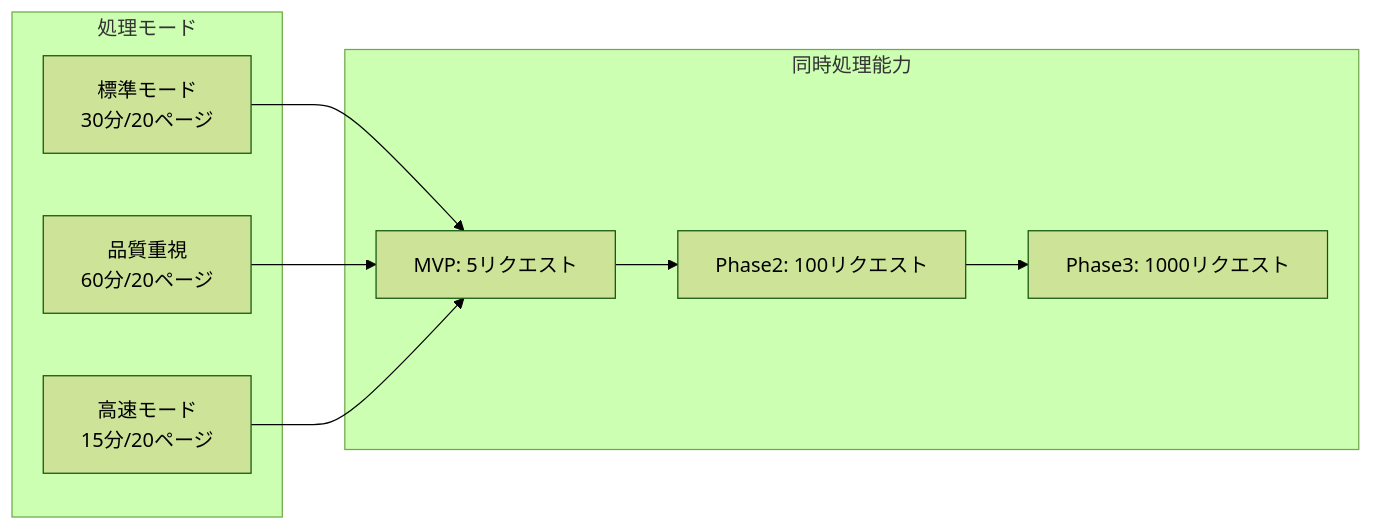
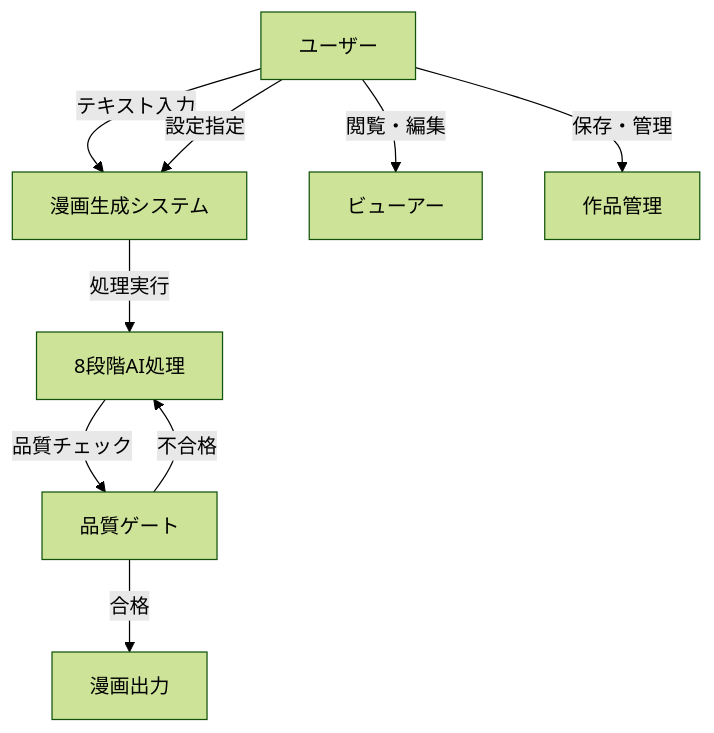
One commit to WLONEGI/AI_Agent_Hackathon_with_Google_Cloud_3rd changed the first of 3 diagrams in Document/03.要件定義書.md. Above: the diagram before and after it, drawn with Mermaid (forest theme). The commit also changed other lines of this file and 4 other files, not shown here.

````diff
--- a/Document/03.要件定義書.md
+++ b/Document/03.要件定義書.md
@@ -465,20 +143,11 @@
 ```mermaid
-graph LR
-    subgraph "処理モード"
-        A[標準モード<br/>30分/20ページ]
-        B[品質重視<br/>60分/20ページ]
-        C[高速モード<br/>15分/20ページ]
-    end
-    
-    subgraph "同時処理能力"
-        D[MVP: 5リクエスト]
-        E[Phase2: 100リクエスト]
-        F[Phase3: 1000リクエスト]
-    end
-    
-    A --> D
-    B --> D
-    C --> D
-    D --> E
-    E --> F
+graph TD
+    A[ユーザー] -->|テキスト入力| B[漫画生成システム]
+    A -->|設定指定| B
+    B -->|処理実行| C[8段階AI処理]
+    C -->|品質チェック| D[品質ゲート]
+    D -->|合格| E[漫画出力]
+    D -->|不合格| C
+    A -->|閲覧・編集| F[ビューアー]
+    A -->|保存・管理| G[作品管理]
 ```
````
